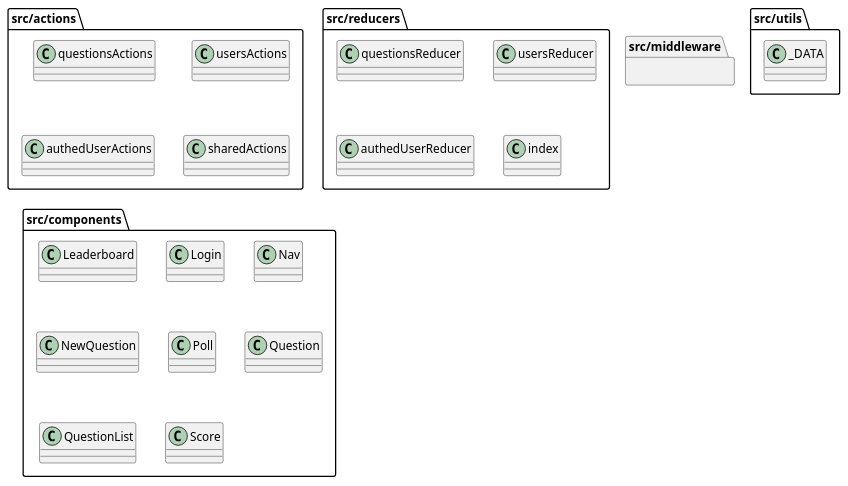
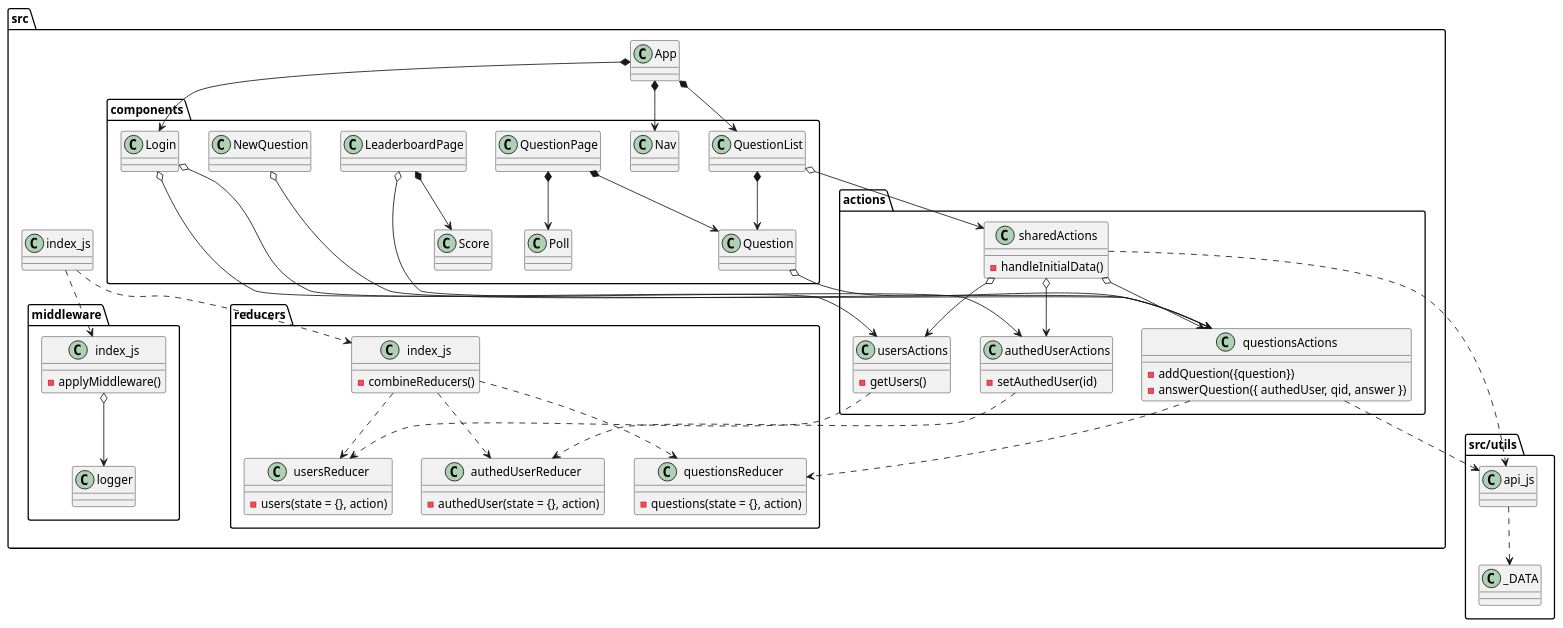
The diagram in Design/solution-design.wsd (katsa9/would-you-rather), drawn with PlantUML before and after one commit. The commit also changed 1 other file, not shown here.

```diff
--- a/Design/solution-design.wsd
+++ b/Design/solution-design.wsd
@@ -1,36 +1,106 @@
 @startuml solution
 
-package src/actions {
-  class questionsActions
-  class usersActions
-  class authedUserActions
-  class sharedActions
+package src.actions {
+  class questionsActions {
+    - addQuestion({question})
+    - answerQuestion({ authedUser, qid, answer })
+  }
+  class usersActions{
+    - getUsers()
+  }
+  class authedUserActions{
+    - setAuthedUser(id)
+  }
+  class sharedActions{
+    - handleInitialData()
+  }
 }
 
-package src/reducers {
-class questionsReducer
-  class usersReducer
-  class authedUserReducer
-  class index
+package src.reducers {
+  class questionsReducer {
+    - questions(state = {}, action)
+  }
+  class usersReducer {
+    - users(state = {}, action)
+  }
+  class authedUserReducer {
+   - authedUser(state = {}, action)
+  }
+  class src.reducers.index_js{
+    - combineReducers()
+  }
 }
 
-package src/middleware {
-
+package src.middleware {
+  class src.middleware.logger
+  class src.middleware.index_js {
+    - applyMiddleware()
+  }
 }
 
-package src/components {
-  class Leaderboard 
+
+package src.components {
   class Login
   class Nav
   class NewQuestion
   class Poll
   class Question
   class QuestionList
   class Score
+  class QuestionPage
+  class LeaderboardPage
 }
 
 package src/utils {
   class _DATA
+  class api_js
 }
 
+package src {
+  class App
+  class src.index_js
+}
+
+App *--> Nav
+App *--> Login
+App *--> QuestionList
+
+QuestionList *--> Question
+QuestionPage *--> Question
+QuestionPage *--> Poll
+LeaderboardPage *--> Score
+
+'.Actions
+Login o--> authedUserActions
+Login o--> usersActions 
+QuestionList o--> sharedActions
+Question o--> questionsActions
+LeaderboardPage o--> questionsActions
+NewQuestion o--> questionsActions
+
+sharedActions o--> authedUserActions
+sharedActions o--> usersActions
+sharedActions o--> questionsActions
+api_js ..> _DATA
+sharedActions ..> api_js
+questionsActions ..> api_js
+
+
+'.reducers
+questionsActions ..> questionsReducer
+authedUserActions ..> authedUserReducer
+usersActions ..> usersReducer
+src.reducers.index_js ..> usersReducer
+src.reducers.index_js ..> questionsReducer
+src.reducers.index_js ..> authedUserReducer
+
+'.middleware
+src.middleware.index_js o--> src.middleware.logger
+
+src.index_js ..> src.middleware.index_js
+src.index_js ..> src.reducers.index_js
+
+
+
+
 @enduml
```
